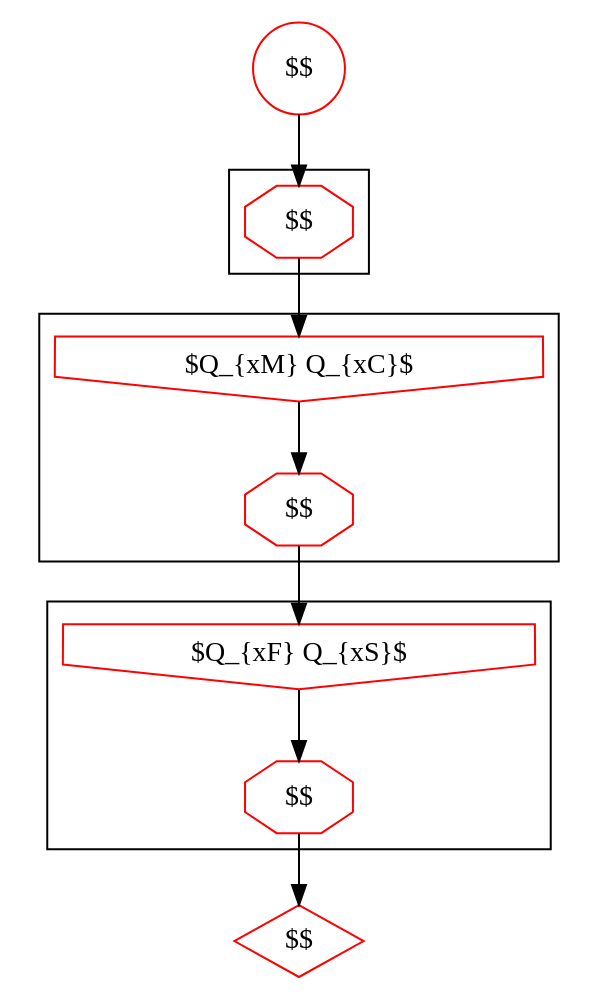
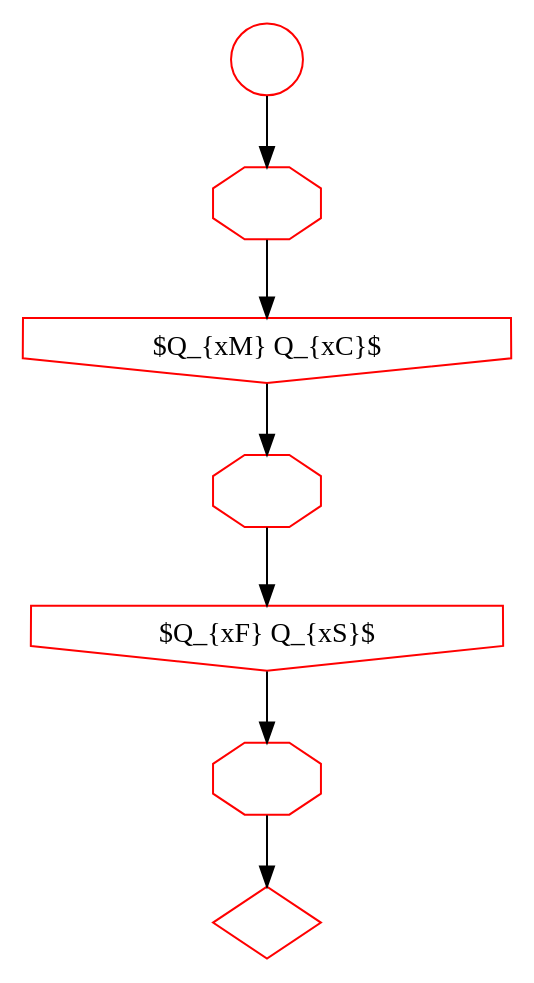
The diagram in fork-subcs-submf.dot (ihh/transducer-tutorial), drawn with Graphviz before and after one commit. The commit also changed 7 other files, not shown here.

Commit message:
Added another missing figure, tidied things up a bit

```diff
--- a/fork-subcs-submf.dot
+++ b/fork-subcs-submf.dot
@@ -1,20 +1,14 @@
 digraph G {
-    S [label="$$", shape=circle, color=red];
-    E [label="$$", shape=diamond, color=red];
-
-subgraph cluster_0 {
-	W0 [label="$$", shape=octagon, color=red];
-}
-subgraph cluster_1 {
-    W1 [label="$$", shape=octagon, color=red];
+    S [label="", shape=circle, color=red];
+    E [label="", shape=diamond, color=red];
+    
+    W0 [label="", shape=octagon, color=red];
+    W1 [label="", shape=octagon, color=red];
     D1 [label="$Q_{xM} Q_{xC}$", shape=invhouse, color=red];
-}
-subgraph cluster_2 {
-    W2 [label="$$", shape=octagon, color=red];
+    W2 [label="", shape=octagon, color=red];
     D2 [label="$Q_{xF} Q_{xS}$", shape=invhouse, color=red];
-}
 
 S->W0->D1->W1->D2->W2->E;
 
 
 }
```
